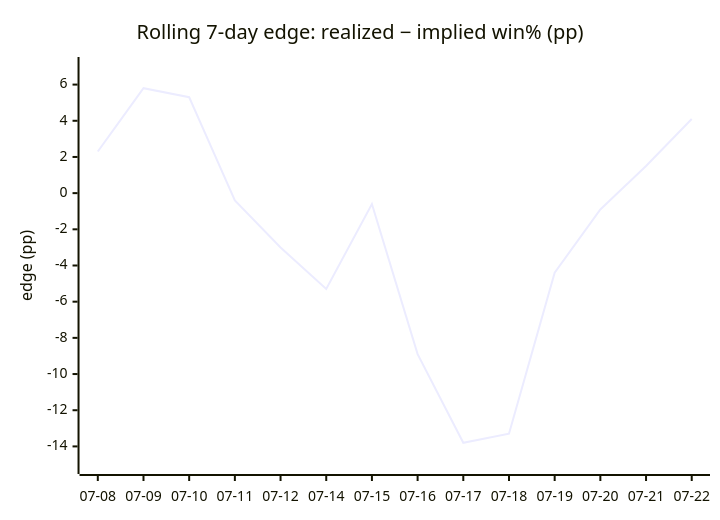
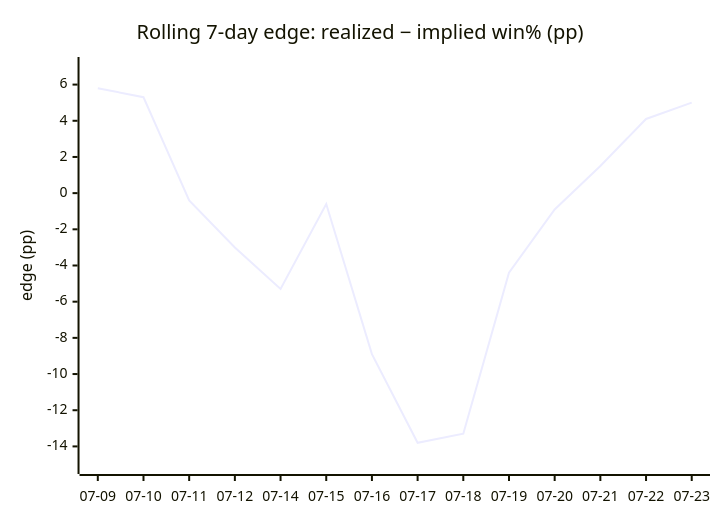
Before and after one commit to dpk1212/nhl-savant: the fourth of 4 diagrams in DAILY_AGSU_REPORT.md, drawn with Mermaid. The commit also changed other lines of this file, not shown here.

````diff
--- a/DAILY_AGSU_REPORT.md
+++ b/DAILY_AGSU_REPORT.md
@@ -730,7 +723,7 @@
 ```mermaid
 xychart-beta
     title "Rolling 7-day edge: realized − implied win% (pp)"
-    x-axis ["07-08", "07-09", "07-10", "07-11", "07-12", "07-14", "07-15", "07-16", "07-17", "07-18", "07-19", "07-20", "07-21", "07-22"]
+    x-axis ["07-09", "07-10", "07-11", "07-12", "07-14", "07-15", "07-16", "07-17", "07-18", "07-19", "07-20", "07-21", "07-22", "07-23"]
     y-axis "edge (pp)" -15 --> 7
-    line [2.3, 5.8, 5.3, -0.4, -3, -5.3, -0.6, -8.9, -13.8, -13.3, -4.4, -0.9, 1.5, 4.1]
+    line [5.8, 5.3, -0.4, -3, -5.3, -0.6, -8.9, -13.8, -13.3, -4.4, -0.9, 1.5, 4.1, 5]
 ```
````
